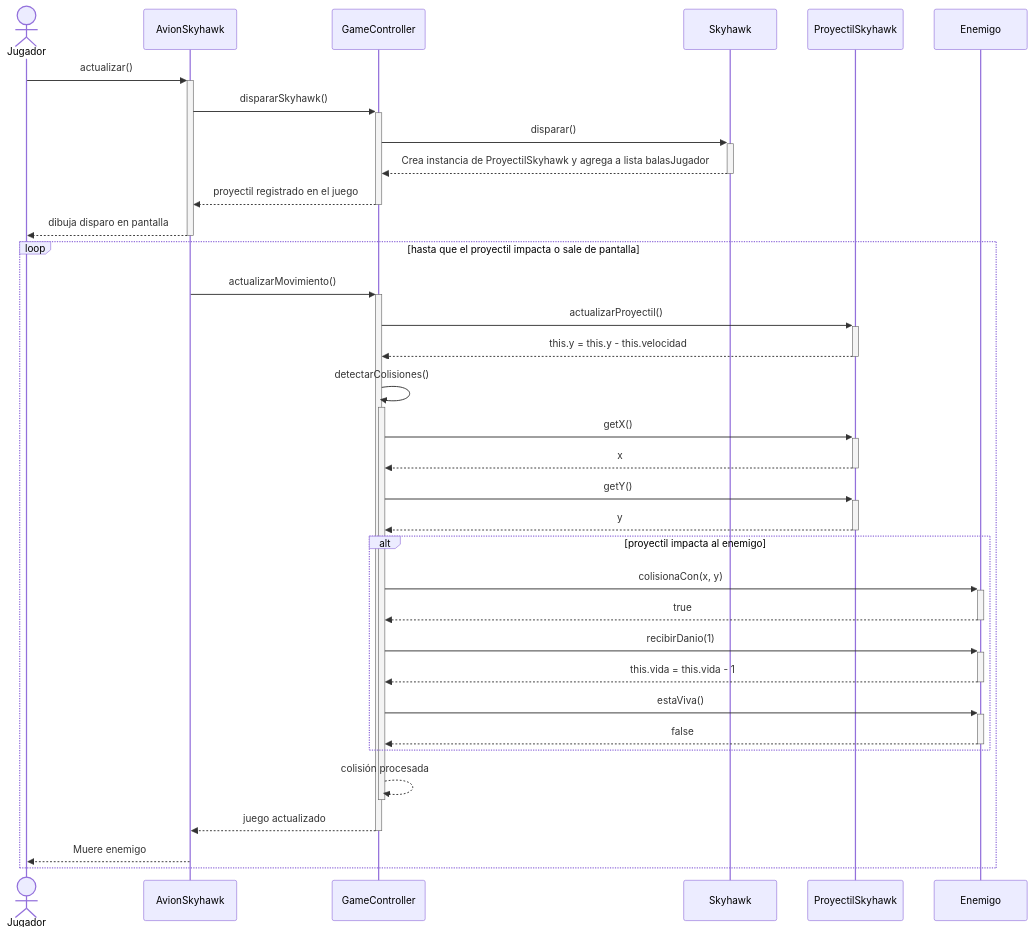
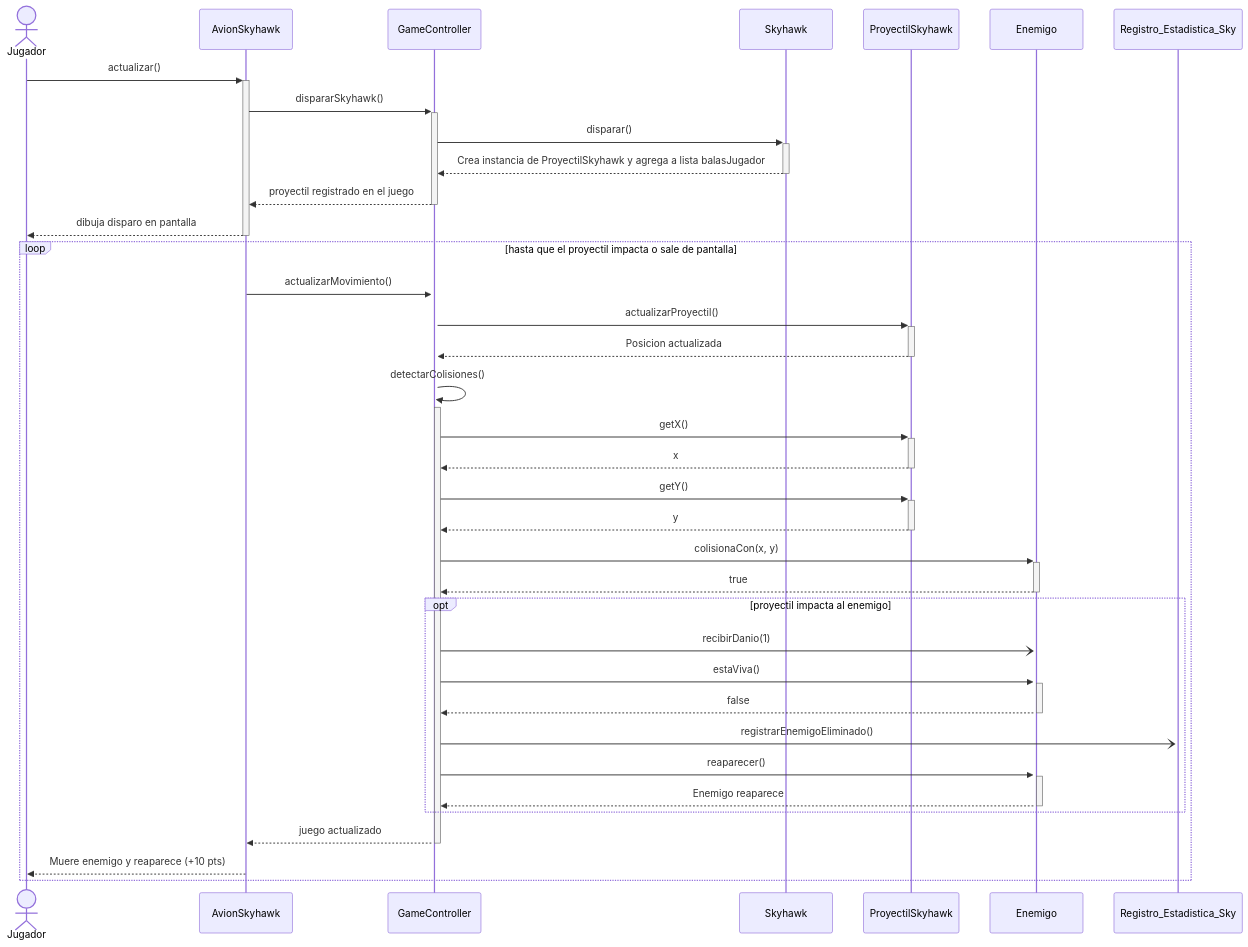
Before and after one commit to chiaraarego/Grupo-2---Skyhawk: the third of 6 diagrams in Diagramas/diagram_Secuencias_Actualizados.md, drawn with Mermaid. The commit also changed other lines of this file and 1 other file, not shown here.

Commit message:
Actualizar diagramas de secuencia de fin de partida y estadisticas

````diff
--- a/Diagramas/diagram_Secuencias_Actualizados.md
+++ b/Diagramas/diagram_Secuencias_Actualizados.md
@@ -78,54 +78,58 @@
 ```mermaid
 sequenceDiagram
     actor Jugador
 
     participant AvionSkyhawk
     participant GameController
     participant Skyhawk
     participant ProyectilSkyhawk
     participant Enemigo
+    participant Registro_Estadistica_Sky
 
     Jugador ->> +AvionSkyhawk : actualizar()
 
     AvionSkyhawk ->> +GameController : dispararSkyhawk()
 
     GameController ->> +Skyhawk : disparar()
     Skyhawk -->> -GameController : Crea instancia de ProyectilSkyhawk y agrega a lista balasJugador
 
     GameController -->> -AvionSkyhawk : proyectil registrado en el juego
 
     AvionSkyhawk -->> -Jugador : dibuja disparo en pantalla
 
     loop hasta que el proyectil impacta o sale de pantalla
         AvionSkyhawk ->> +GameController : actualizarMovimiento()
 
         GameController ->> +ProyectilSkyhawk : actualizarProyectil()
-        ProyectilSkyhawk -->> -GameController : this.y = this.y - this.velocidad
+        ProyectilSkyhawk -->> -GameController : Posicion actualizada
 
         GameController ->> +GameController : detectarColisiones()
 
         GameController ->> +ProyectilSkyhawk : getX()
         ProyectilSkyhawk -->> -GameController : x
 
         GameController ->> +ProyectilSkyhawk : getY()
         ProyectilSkyhawk -->> -GameController : y
 
-        alt proyectil impacta al enemigo
         GameController ->> +Enemigo : colisionaCon(x, y)
         Enemigo -->> -GameController : true
 
-            GameController ->> +Enemigo : recibirDanio(1)
-            Enemigo -->> -GameController : this.vida = this.vida - 1
+        opt proyectil impacta al enemigo
+            GameController -) +Enemigo : recibirDanio(1)
             
             GameController ->> +Enemigo : estaViva()
             Enemigo -->> -GameController : false
+
+            GameController -) +Registro_Estadistica_Sky : registrarEnemigoEliminado()
+            GameController ->> +Enemigo : reaparecer()
+            Enemigo -->> -GameController : Enemigo reaparece
+            
         end
 
-        GameController -->> -GameController : colisión procesada
 
         GameController -->> -AvionSkyhawk : juego actualizado
         
         %% Respuesta visual en cada vuelta del loop para avisar al jugador
-            AvionSkyhawk -->> Jugador : Muere enemigo
+            AvionSkyhawk -->> Jugador : Muere enemigo y reaparece (+10 pts)
     end
 ```
````
